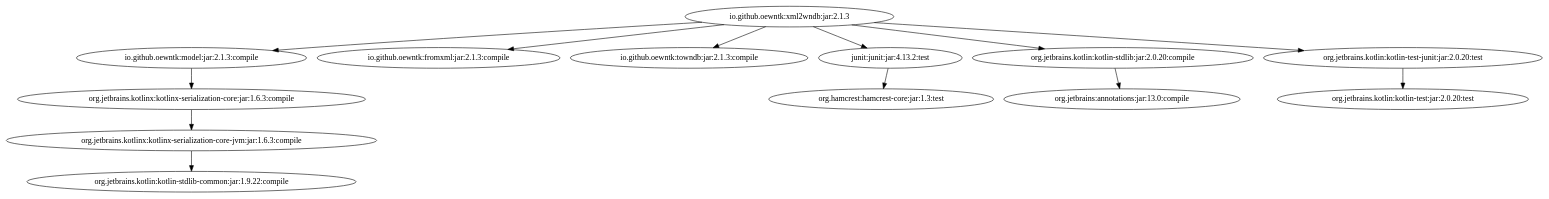
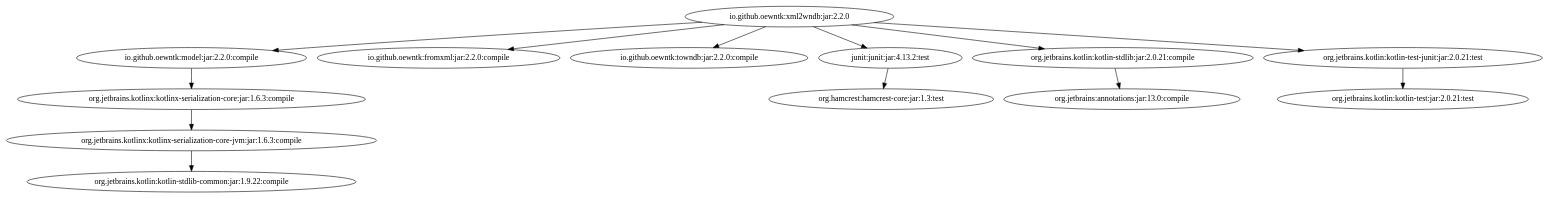
One commit to oewntk/grind_xml2wndb changed the diagram in images/grind-xml2wndb.dot. Above: the diagram before and after it, drawn with Graphviz. The commit also changed 1 other file, not shown here.

```diff
--- a/images/grind-xml2wndb.dot
+++ b/images/grind-xml2wndb.dot
@@ -1,14 +1,14 @@
-digraph "io.github.oewntk:xml2wndb:jar:2.1.3" { 
-	"io.github.oewntk:xml2wndb:jar:2.1.3" -> "io.github.oewntk:model:jar:2.1.3:compile" ; 
-	"io.github.oewntk:xml2wndb:jar:2.1.3" -> "io.github.oewntk:fromxml:jar:2.1.3:compile" ; 
-	"io.github.oewntk:xml2wndb:jar:2.1.3" -> "io.github.oewntk:towndb:jar:2.1.3:compile" ; 
-	"io.github.oewntk:xml2wndb:jar:2.1.3" -> "junit:junit:jar:4.13.2:test" ; 
-	"io.github.oewntk:xml2wndb:jar:2.1.3" -> "org.jetbrains.kotlin:kotlin-stdlib:jar:2.0.20:compile" ; 
-	"io.github.oewntk:xml2wndb:jar:2.1.3" -> "org.jetbrains.kotlin:kotlin-test-junit:jar:2.0.20:test" ; 
-	"io.github.oewntk:model:jar:2.1.3:compile" -> "org.jetbrains.kotlinx:kotlinx-serialization-core:jar:1.6.3:compile" ; 
+digraph "io.github.oewntk:xml2wndb:jar:2.2.0" { 
+	"io.github.oewntk:xml2wndb:jar:2.2.0" -> "io.github.oewntk:model:jar:2.2.0:compile" ; 
+	"io.github.oewntk:xml2wndb:jar:2.2.0" -> "io.github.oewntk:fromxml:jar:2.2.0:compile" ; 
+	"io.github.oewntk:xml2wndb:jar:2.2.0" -> "io.github.oewntk:towndb:jar:2.2.0:compile" ; 
+	"io.github.oewntk:xml2wndb:jar:2.2.0" -> "junit:junit:jar:4.13.2:test" ; 
+	"io.github.oewntk:xml2wndb:jar:2.2.0" -> "org.jetbrains.kotlin:kotlin-stdlib:jar:2.0.21:compile" ; 
+	"io.github.oewntk:xml2wndb:jar:2.2.0" -> "org.jetbrains.kotlin:kotlin-test-junit:jar:2.0.21:test" ; 
+	"io.github.oewntk:model:jar:2.2.0:compile" -> "org.jetbrains.kotlinx:kotlinx-serialization-core:jar:1.6.3:compile" ; 
 	"org.jetbrains.kotlinx:kotlinx-serialization-core:jar:1.6.3:compile" -> "org.jetbrains.kotlinx:kotlinx-serialization-core-jvm:jar:1.6.3:compile" ; 
 	"org.jetbrains.kotlinx:kotlinx-serialization-core-jvm:jar:1.6.3:compile" -> "org.jetbrains.kotlin:kotlin-stdlib-common:jar:1.9.22:compile" ; 
 	"junit:junit:jar:4.13.2:test" -> "org.hamcrest:hamcrest-core:jar:1.3:test" ; 
-	"org.jetbrains.kotlin:kotlin-stdlib:jar:2.0.20:compile" -> "org.jetbrains:annotations:jar:13.0:compile" ; 
-	"org.jetbrains.kotlin:kotlin-test-junit:jar:2.0.20:test" -> "org.jetbrains.kotlin:kotlin-test:jar:2.0.20:test" ; 
+	"org.jetbrains.kotlin:kotlin-stdlib:jar:2.0.21:compile" -> "org.jetbrains:annotations:jar:13.0:compile" ; 
+	"org.jetbrains.kotlin:kotlin-test-junit:jar:2.0.21:test" -> "org.jetbrains.kotlin:kotlin-test:jar:2.0.21:test" ; 
  } 
```
